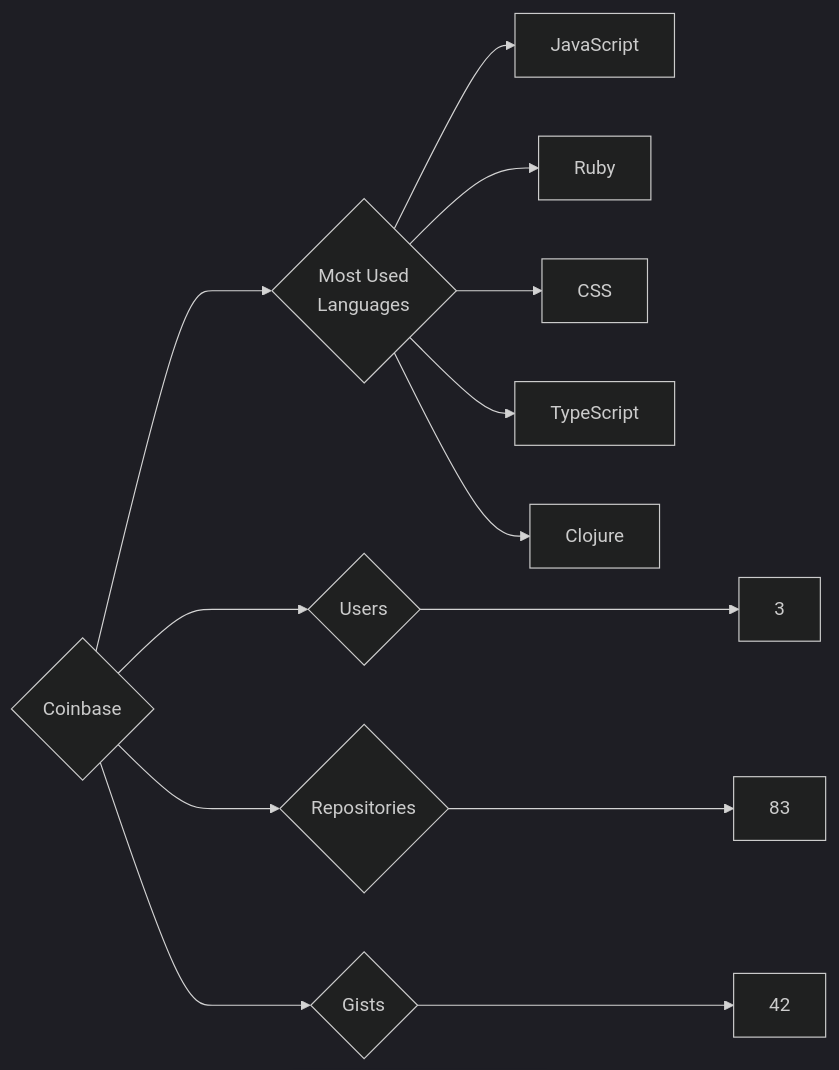
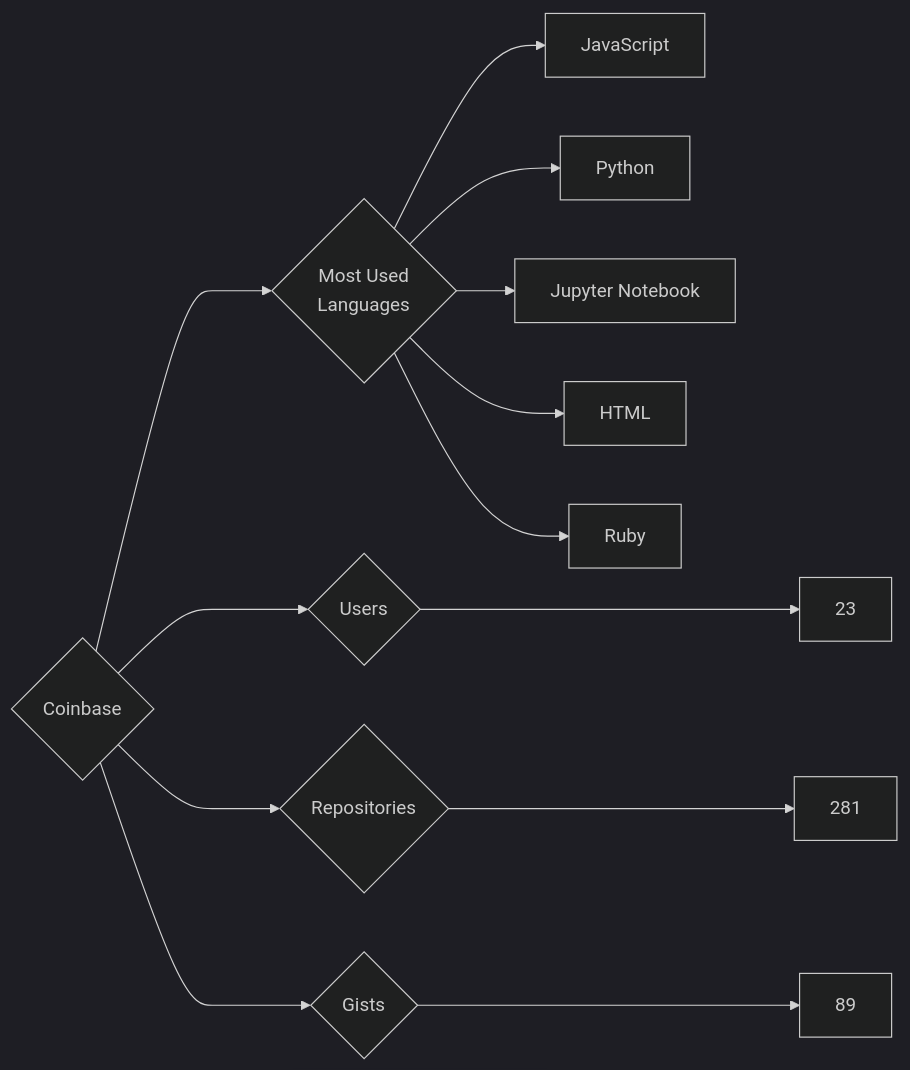
Before and after one commit to trickest/insiders: the diagram in targets/Coinbase/README.md, drawn with Mermaid (dark theme). The commit also changed 721 other files, not shown here.

````diff
--- a/targets/Coinbase/README.md
+++ b/targets/Coinbase/README.md
@@ -3,13 +3,13 @@
 ```mermaid
 graph LR
 COMPANY_NAME{Coinbase}
-COMPANY_NAME ---> U{Users} ---> UN[3]
-COMPANY_NAME ---> R{Repositories} ---> RN[83]
-COMPANY_NAME ---> G{Gists} ---> GN[42]
+COMPANY_NAME ---> U{Users} ---> UN[23]
+COMPANY_NAME ---> R{Repositories} ---> RN[281]
+COMPANY_NAME ---> G{Gists} ---> GN[89]
 COMPANY_NAME ---> ML{Most Used<br>Languages}
 ML --> JavaScript[JavaScript]
+ML --> Python[Python]
+ML --> Jupyter_Notebook[Jupyter Notebook]
+ML --> HTML[HTML]
 ML --> Ruby[Ruby]
-ML --> CSS[CSS]
-ML --> TypeScript[TypeScript]
-ML --> Clojure[Clojure]
 ```
````
